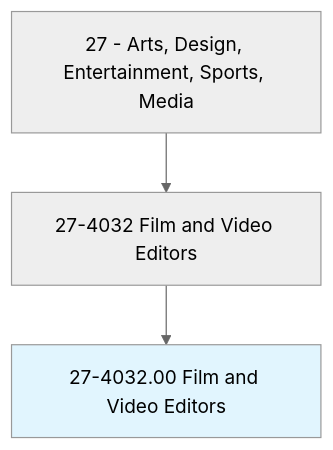
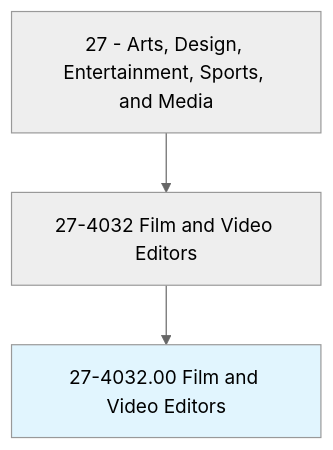
Before and after one commit to kziemski/business.org.ai: the first of 4 diagrams in occupations/ArtsMedia/FilmAndVideoEditors.mdx, drawn with Mermaid (neutral theme). The commit also changed other lines of this file and 938 other files, not shown here.

````diff
--- a/occupations/ArtsMedia/FilmAndVideoEditors.mdx
+++ b/occupations/ArtsMedia/FilmAndVideoEditors.mdx
@@ -19,6 +23,6 @@
 ```mermaid
 graph TD
-    Cat27["27 - Arts, Design, Entertainment, Sports, Media"] --> Group274032["27-4032 Film and Video Editors"]
+    Cat27["27 - Arts, Design, Entertainment, Sports, and Media"] --> Group274032["27-4032 Film and Video Editors"]
     Group274032 --> Current["27-4032.00 Film and Video Editors"]
     style Current fill:#e1f5fe
 ```
````
